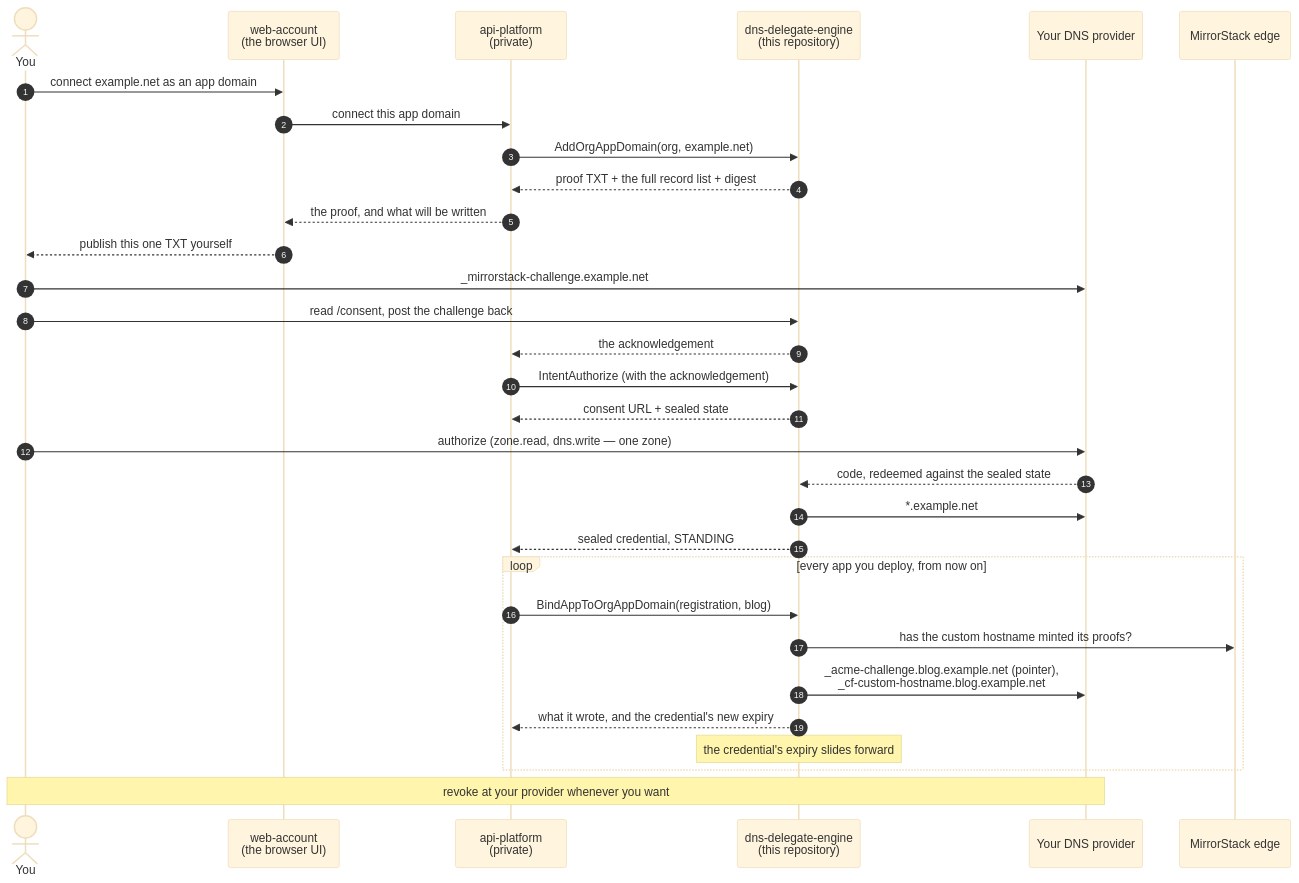
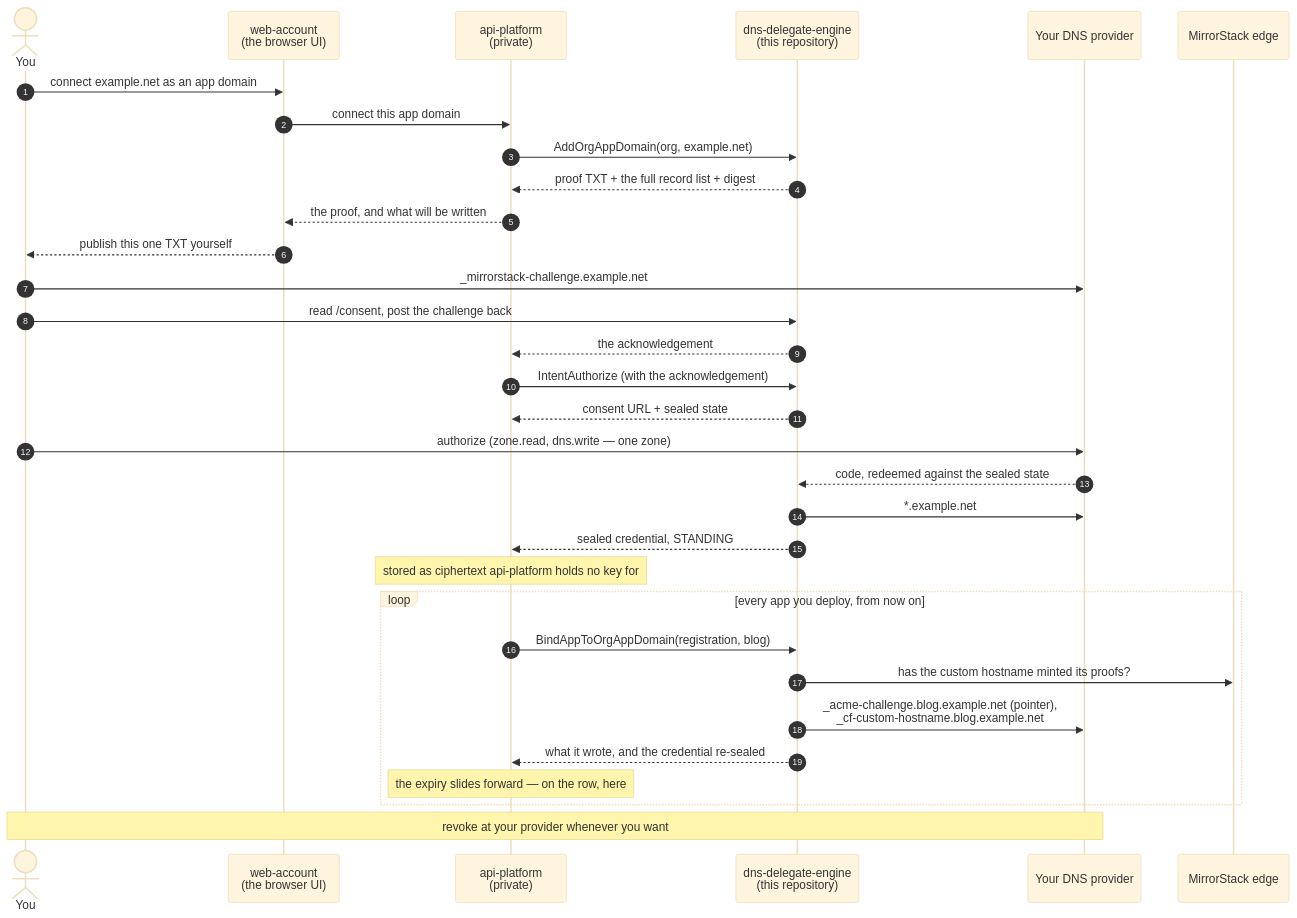
The second of 4 diagrams in README.md (mirrorstack-ai/dns-delegate-engine), drawn with Mermaid (base theme) before and after one commit. The commit also changed other lines of this file, not shown here.

First line of the commit message:
docs: lane 2 stores nothing here either, and lane 3 revokes

````diff
--- a/README.md
+++ b/README.md
@@ -309,38 +309,39 @@
 ```mermaid
 sequenceDiagram
     autonumber
     actor You
     participant Web as web-account<br/>(the browser UI)
     participant API as api-platform<br/>(private)
     participant Engine as dns-delegate-engine<br/>(this repository)
     participant CF as Your DNS provider
     participant Edge as MirrorStack edge
 
     You->>Web: connect example.net as an app domain
     Web->>API: connect this app domain
     API->>Engine: AddOrgAppDomain(org, example.net)
     Engine-->>API: proof TXT + the full record list + digest
     API-->>Web: the proof, and what will be written
     Web-->>You: publish this one TXT yourself
 
     You->>CF: _mirrorstack-challenge.example.net
     You->>Engine: read /consent, post the challenge back
     Engine-->>API: the acknowledgement
     API->>Engine: IntentAuthorize (with the acknowledgement)
     Engine-->>API: consent URL + sealed state
 
     You->>CF: authorize (zone.read, dns.write — one zone)
     CF-->>Engine: code, redeemed against the sealed state
     Engine->>CF: *.example.net
     Engine-->>API: sealed credential, STANDING
+    Note over API: stored as ciphertext api-platform holds no key for
 
     loop every app you deploy, from now on
         API->>Engine: BindAppToOrgAppDomain(registration, blog)
         Engine->>Edge: has the custom hostname minted its proofs?
         Engine->>CF: _acme-challenge.blog.example.net (pointer),<br/>_cf-custom-hostname.blog.example.net
-        Engine-->>API: what it wrote, and the credential's new expiry
-        Note over Engine: the credential's expiry slides forward
+        Engine-->>API: what it wrote, and the credential re-sealed
+        Note over API: the expiry slides forward — on the row, here
     end
 
     Note over You,CF: revoke at your provider whenever you want
 ```
````
